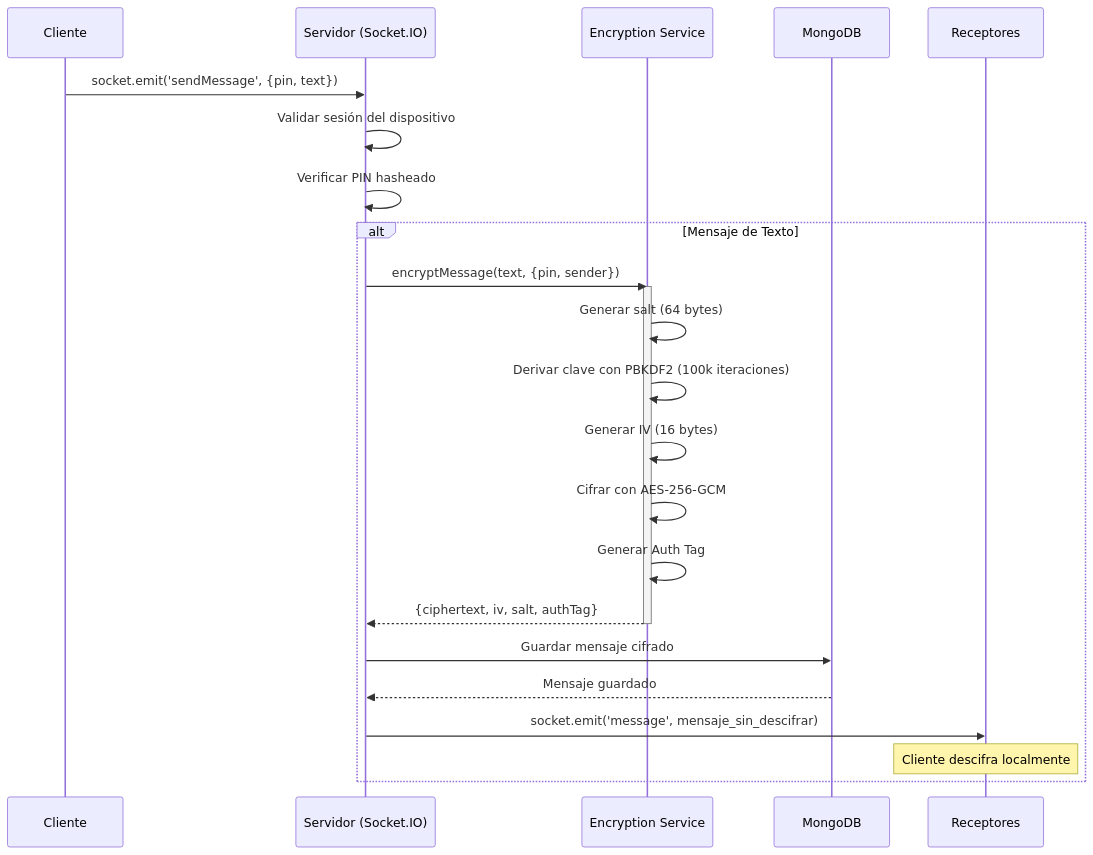
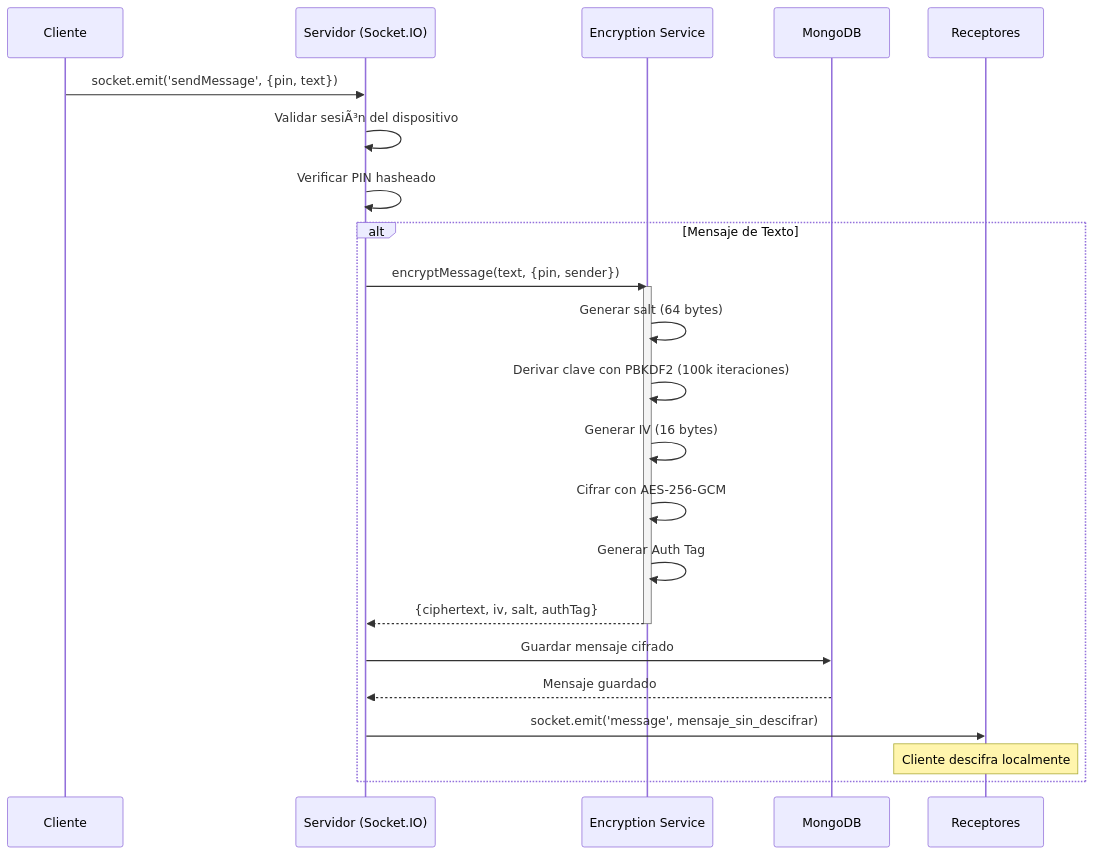
Before and after one commit to marinjosue/LiveChat: the third of 6 diagrams in README.md, drawn with Mermaid. The commit also changed other lines of this file, not shown here.

````diff
--- a/README.md
+++ b/README.md
@@ -245,30 +245,30 @@
 ```mermaid
 sequenceDiagram
     participant C as Cliente
     participant S as Servidor (Socket.IO)
     participant ES as Encryption Service
     participant DB as MongoDB
     participant R as Receptores
 
     C->>S: socket.emit('sendMessage', {pin, text})
-    S->>S: Validar sesión del dispositivo
+    S->>S: Validar sesiÃ³n del dispositivo
     S->>S: Verificar PIN hasheado
     
     alt Mensaje de Texto
         S->>ES: encryptMessage(text, {pin, sender})
         activate ES
         ES->>ES: Generar salt (64 bytes)
         ES->>ES: Derivar clave con PBKDF2 (100k iteraciones)
         ES->>ES: Generar IV (16 bytes)
         ES->>ES: Cifrar con AES-256-GCM
         ES->>ES: Generar Auth Tag
         ES-->>S: {ciphertext, iv, salt, authTag}
         deactivate ES
         
         S->>DB: Guardar mensaje cifrado
         DB-->>S: Mensaje guardado
         
         S->>R: socket.emit('message', mensaje_sin_descifrar)
         Note over R: Cliente descifra localmente
     end
 ```
````
